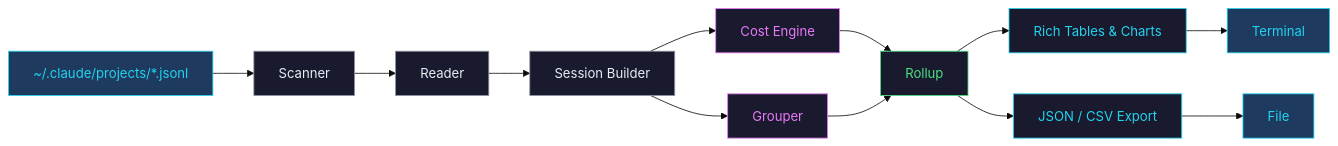
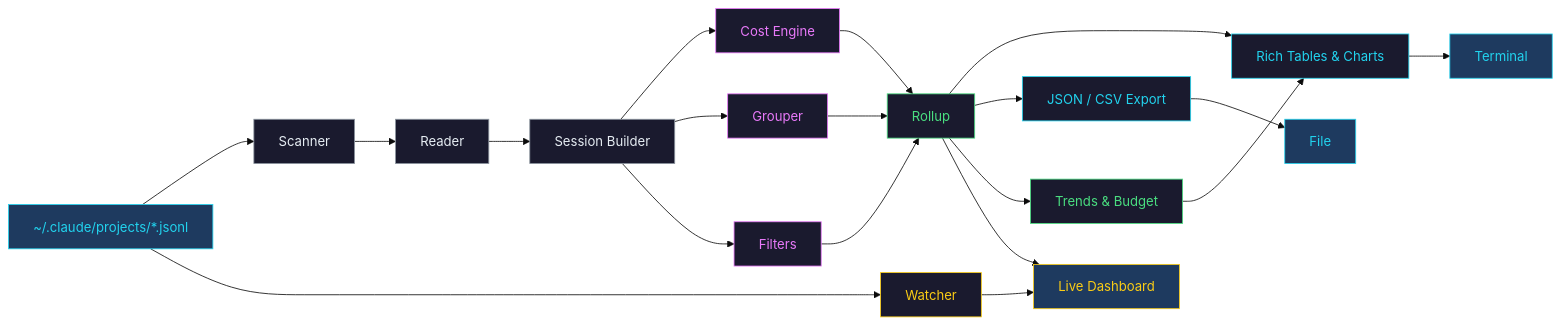
Before and after one commit to MinaSaad1/parsimony: the first of 3 diagrams in README.md, drawn with Mermaid (base theme). The commit also changed other lines of this file, not shown here.

````diff
--- a/README.md
+++ b/README.md
@@ -89,26 +169,37 @@
 ```mermaid
 graph LR
     A["~/.claude/projects/*.jsonl"] --> B["Scanner"]
     B --> C["Reader"]
     C --> D["Session Builder"]
     D --> E["Cost Engine"]
     D --> F["Grouper"]
+    D --> L["Filters"]
     E --> G["Rollup"]
     F --> G
+    L --> G
     G --> H["Rich Tables & Charts"]
     G --> I["JSON / CSV Export"]
+    G --> M["Trends & Budget"]
     H --> J["Terminal"]
     I --> K["File"]
+    M --> H
+    A --> N["Watcher"]
+    N --> O["Live Dashboard"]
+    G --> O
 
     style A fill:#1e3a5f,stroke:#22d3ee,color:#22d3ee
     style B fill:#1a1a2e,stroke:#8b949e,color:#e6edf3
     style C fill:#1a1a2e,stroke:#8b949e,color:#e6edf3
     style D fill:#1a1a2e,stroke:#8b949e,color:#e6edf3
     style E fill:#1a1a2e,stroke:#e879f9,color:#e879f9
     style F fill:#1a1a2e,stroke:#e879f9,color:#e879f9
     style G fill:#1a1a2e,stroke:#4ade80,color:#4ade80
     style H fill:#1a1a2e,stroke:#22d3ee,color:#22d3ee
     style I fill:#1a1a2e,stroke:#22d3ee,color:#22d3ee
     style J fill:#1e3a5f,stroke:#22d3ee,color:#22d3ee
     style K fill:#1e3a5f,stroke:#22d3ee,color:#22d3ee
+    style L fill:#1a1a2e,stroke:#e879f9,color:#e879f9
+    style M fill:#1a1a2e,stroke:#4ade80,color:#4ade80
+    style N fill:#1a1a2e,stroke:#facc15,color:#facc15
+    style O fill:#1e3a5f,stroke:#facc15,color:#facc15
 ```
````
